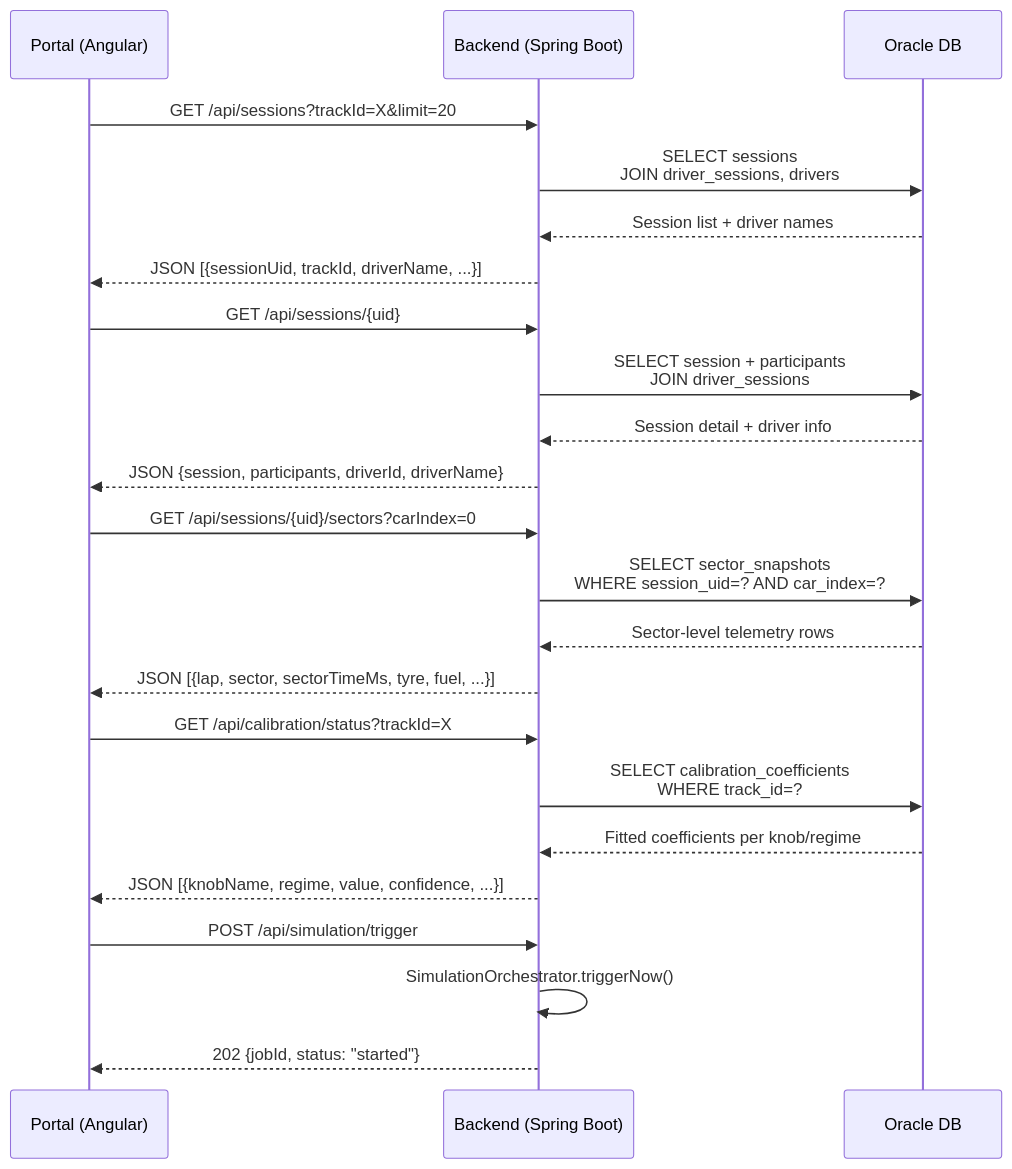
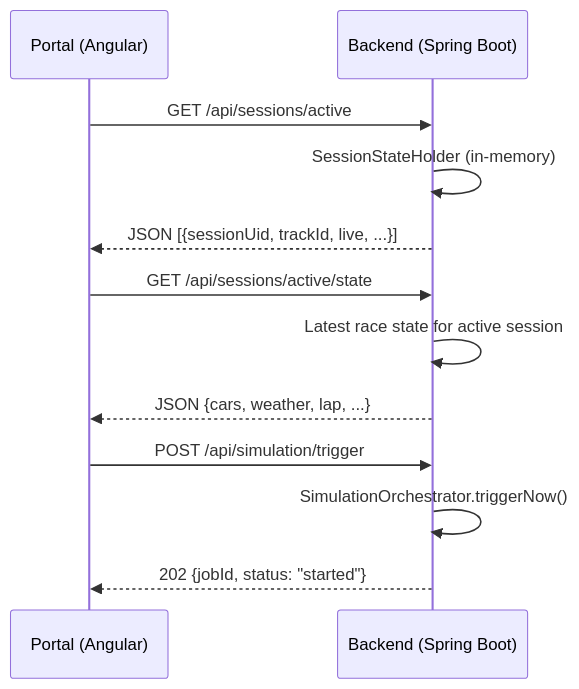
Before and after one commit to vmleon/f12025-race-strategy-simulation: the fourth of 7 diagrams in design/06-INTEGRATION.md, drawn with Mermaid. The commit also changed other lines of this file and 4 other files, not shown here.

````diff
--- a/design/06-INTEGRATION.md
+++ b/design/06-INTEGRATION.md
@@ -164,30 +160,17 @@
 ```mermaid
 sequenceDiagram
     participant Portal as Portal (Angular)
     participant Backend as Backend (Spring Boot)
-    participant DB as Oracle DB
 
-    Portal->>Backend: GET /api/sessions?trackId=X&limit=20
-    Backend->>DB: SELECT sessions<br/>JOIN driver_sessions, drivers
-    DB-->>Backend: Session list + driver names
-    Backend-->>Portal: JSON [{sessionUid, trackId, driverName, ...}]
+    Portal->>Backend: GET /api/sessions/active
+    Backend->>Backend: SessionStateHolder (in-memory)
+    Backend-->>Portal: JSON [{sessionUid, trackId, live, ...}]
 
-    Portal->>Backend: GET /api/sessions/{uid}
-    Backend->>DB: SELECT session + participants<br/>JOIN driver_sessions
-    DB-->>Backend: Session detail + driver info
-    Backend-->>Portal: JSON {session, participants, driverId, driverName}
-
-    Portal->>Backend: GET /api/sessions/{uid}/sectors?carIndex=0
-    Backend->>DB: SELECT sector_snapshots<br/>WHERE session_uid=? AND car_index=?
-    DB-->>Backend: Sector-level telemetry rows
-    Backend-->>Portal: JSON [{lap, sector, sectorTimeMs, tyre, fuel, ...}]
-
-    Portal->>Backend: GET /api/calibration/status?trackId=X
-    Backend->>DB: SELECT calibration_coefficients<br/>WHERE track_id=?
-    DB-->>Backend: Fitted coefficients per knob/regime
-    Backend-->>Portal: JSON [{knobName, regime, value, confidence, ...}]
+    Portal->>Backend: GET /api/sessions/active/state
+    Backend->>Backend: Latest race state for active session
+    Backend-->>Portal: JSON {cars, weather, lap, ...}
 
     Portal->>Backend: POST /api/simulation/trigger
     Backend->>Backend: SimulationOrchestrator.triggerNow()
     Backend-->>Portal: 202 {jobId, status: "started"}
 ```
````
